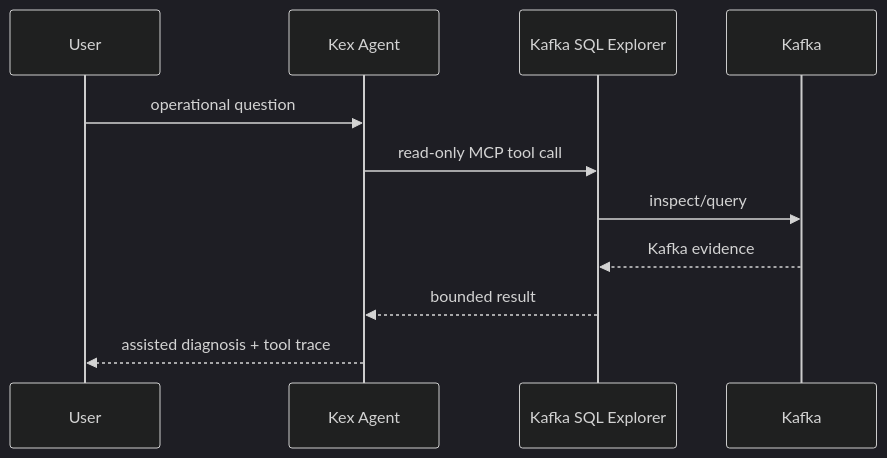
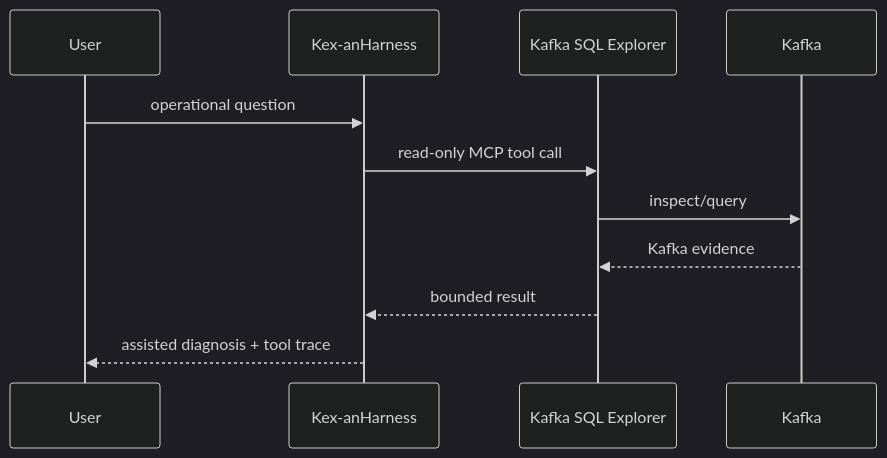
One commit to devdownin/Kex-Lab changed the second of 2 diagrams in docs/ARCHITECTURE.md. Above: the diagram before and after it, drawn with Mermaid (dark theme). The commit also changed other lines of this file and 12 other files, not shown here.

Commit message:
docs: align Kex Lab with Kex-anHarness repository rename

````diff
--- a/docs/ARCHITECTURE.md
+++ b/docs/ARCHITECTURE.md
@@ -53,13 +53,13 @@
 ```mermaid
 sequenceDiagram
     participant U as User
-    participant A as Kex Agent
+    participant A as Kex-anHarness
     participant E as Kafka SQL Explorer
     participant K as Kafka
     U->>A: operational question
     A->>E: read-only MCP tool call
     E->>K: inspect/query
     K-->>E: Kafka evidence
     E-->>A: bounded result
     A-->>U: assisted diagnosis + tool trace
 ```
````
